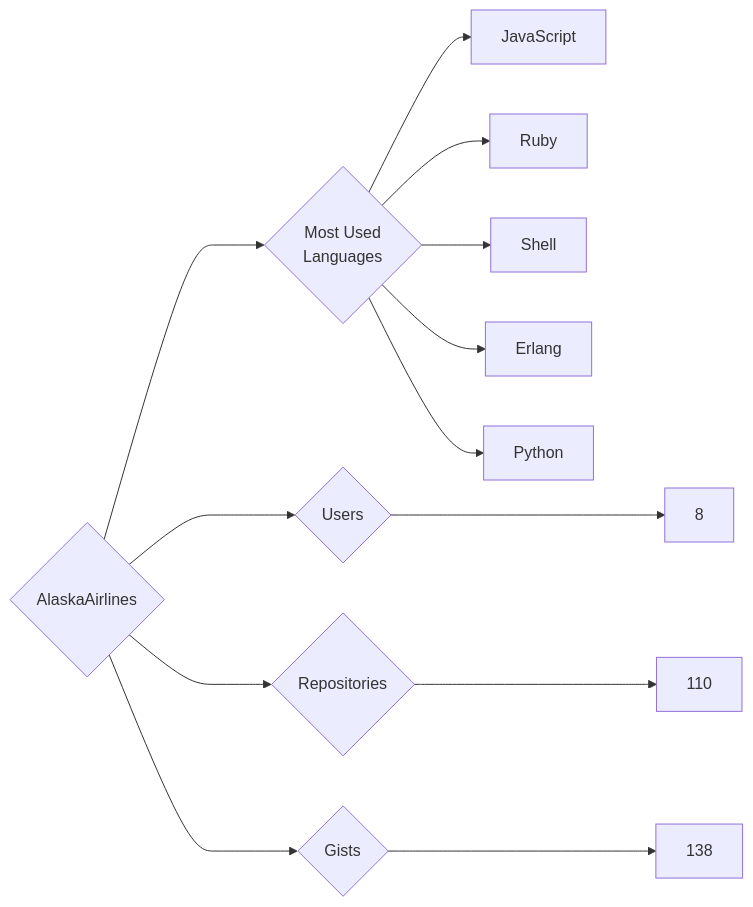
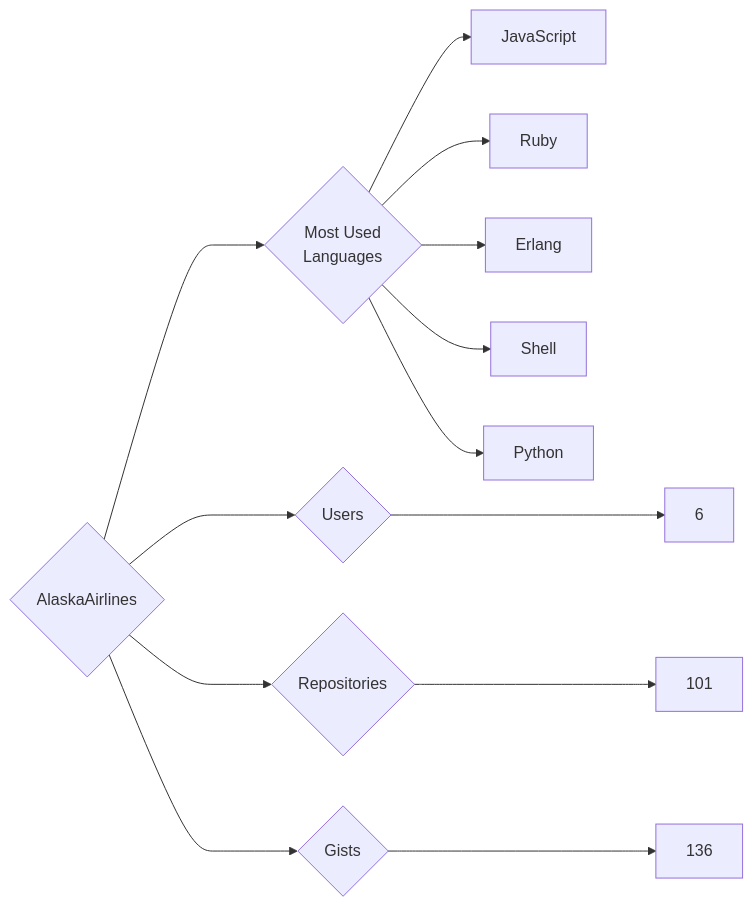
One commit to trickest/insiders changed the diagram in targets/AlaskaAirlines/README.md. Above: the diagram before and after it, drawn with Mermaid. The commit also changed 1084 other files, not shown here.

````diff
--- a/targets/AlaskaAirlines/README.md
+++ b/targets/AlaskaAirlines/README.md
@@ -3,13 +3,13 @@
 ```mermaid
 graph LR
 COMPANY_NAME{AlaskaAirlines}
-COMPANY_NAME ---> U{Users} ---> UN[8]
-COMPANY_NAME ---> R{Repositories} ---> RN[110]
-COMPANY_NAME ---> G{Gists} ---> GN[138]
+COMPANY_NAME ---> U{Users} ---> UN[6]
+COMPANY_NAME ---> R{Repositories} ---> RN[101]
+COMPANY_NAME ---> G{Gists} ---> GN[136]
 COMPANY_NAME ---> ML{Most Used<br>Languages}
 ML --> JavaScript[JavaScript]
 ML --> Ruby[Ruby]
+ML --> Erlang[Erlang]
 ML --> Shell[Shell]
-ML --> Erlang[Erlang]
 ML --> Python[Python]
 ```
````
